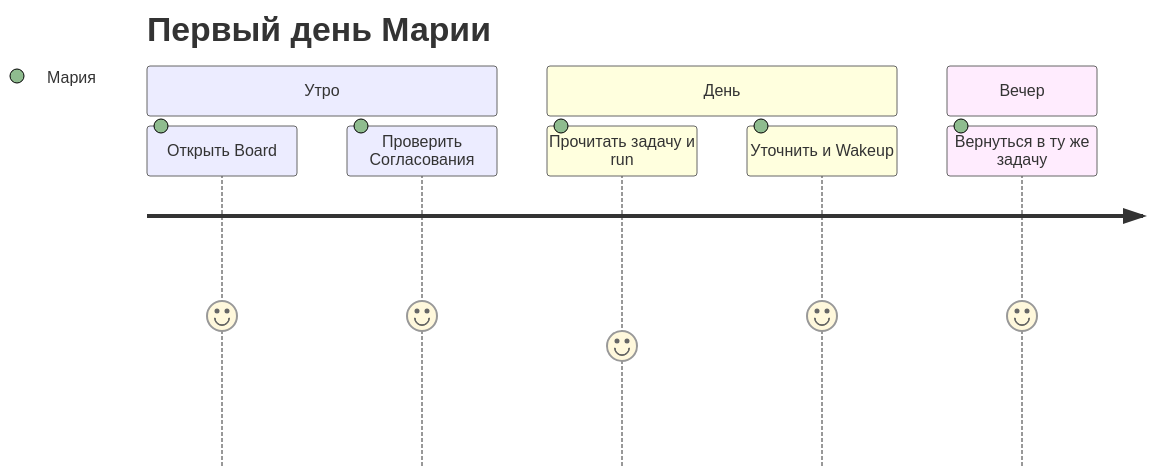
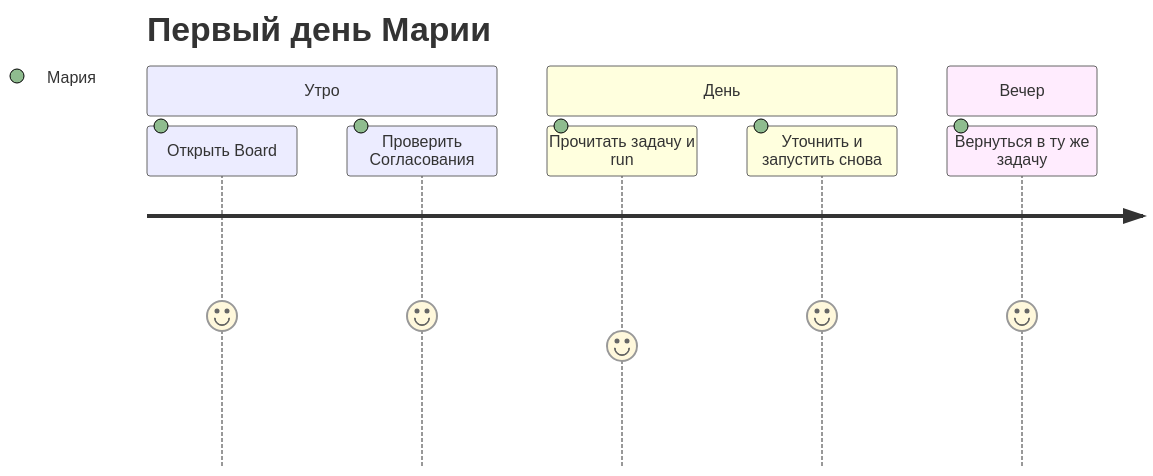
One commit to Dmitriion/datagent-docs changed the diagram in docs/guides/01-first-day.mdx. Above: the diagram before and after it, drawn with Mermaid. The commit also changed other lines of this file and 12 other files, not shown here.

````diff
--- a/docs/guides/01-first-day.mdx
+++ b/docs/guides/01-first-day.mdx
@@ -85,12 +85,12 @@
 ```mermaid
 journey
   title Первый день Марии
   section Утро
     Открыть Board: 5: Мария
     Проверить Согласования: 5: Мария
   section День
     Прочитать задачу и run: 4: Мария
-    Уточнить и Wakeup: 5: Мария
+    Уточнить и запустить снова: 5: Мария
   section Вечер
     Вернуться в ту же задачу: 5: Мария
 ```
````
